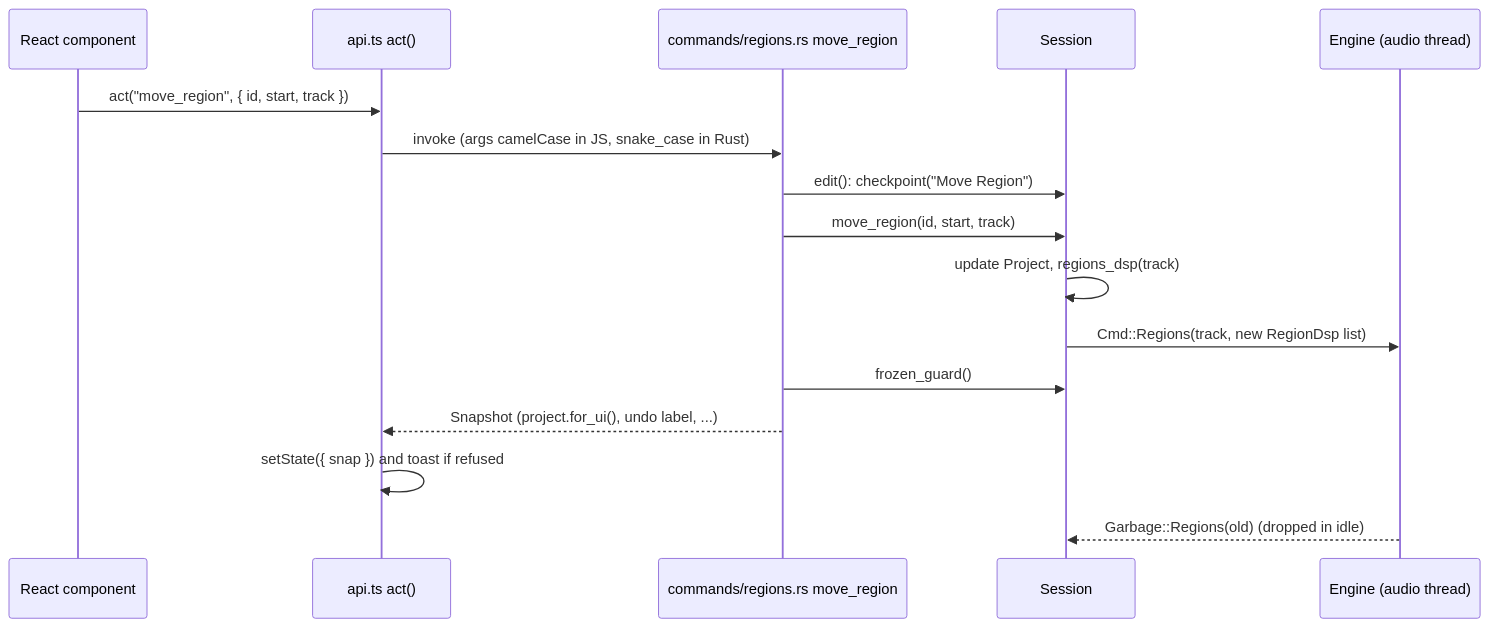
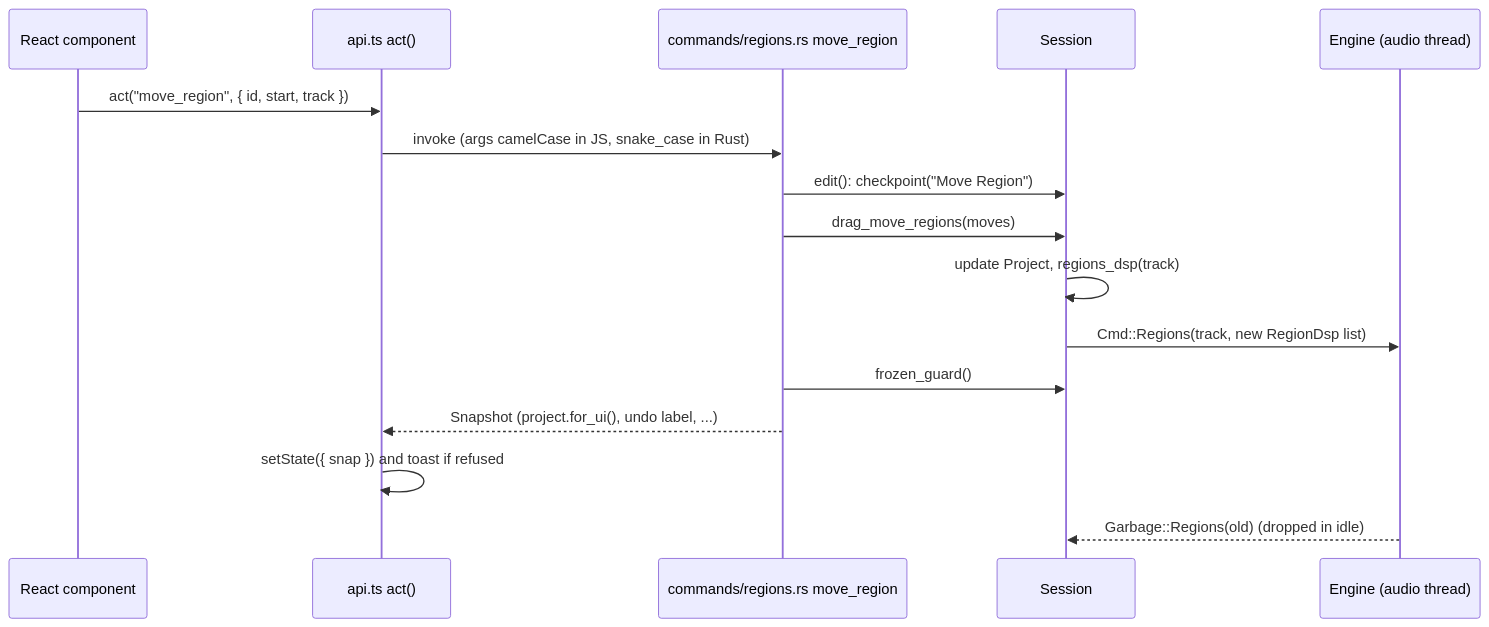
Before and after one commit to JackMechem/marbble: the second of 3 diagrams in docs/ARCHITECTURE.md, drawn with Mermaid. The commit also changed other lines of this file and 4 other files, not shown here.

````diff
--- a/docs/ARCHITECTURE.md
+++ b/docs/ARCHITECTURE.md
@@ -182,18 +182,18 @@
 ```mermaid
 sequenceDiagram
   participant UI as React component
   participant API as api.ts act()
   participant C as commands/regions.rs move_region
   participant S as Session
   participant E as Engine (audio thread)
   UI->>API: act("move_region", { id, start, track })
   API->>C: invoke (args camelCase in JS, snake_case in Rust)
   C->>S: edit(): checkpoint("Move Region")
-  C->>S: move_region(id, start, track)
+  C->>S: drag_move_regions(moves)
   S->>S: update Project, regions_dsp(track)
   S->>E: Cmd::Regions(track, new RegionDsp list)
   C->>S: frozen_guard()
   C-->>API: Snapshot (project.for_ui(), undo label, ...)
   API->>API: setState({ snap }) and toast if refused
   E-->>S: Garbage::Regions(old) (dropped in idle)
 ```
````
